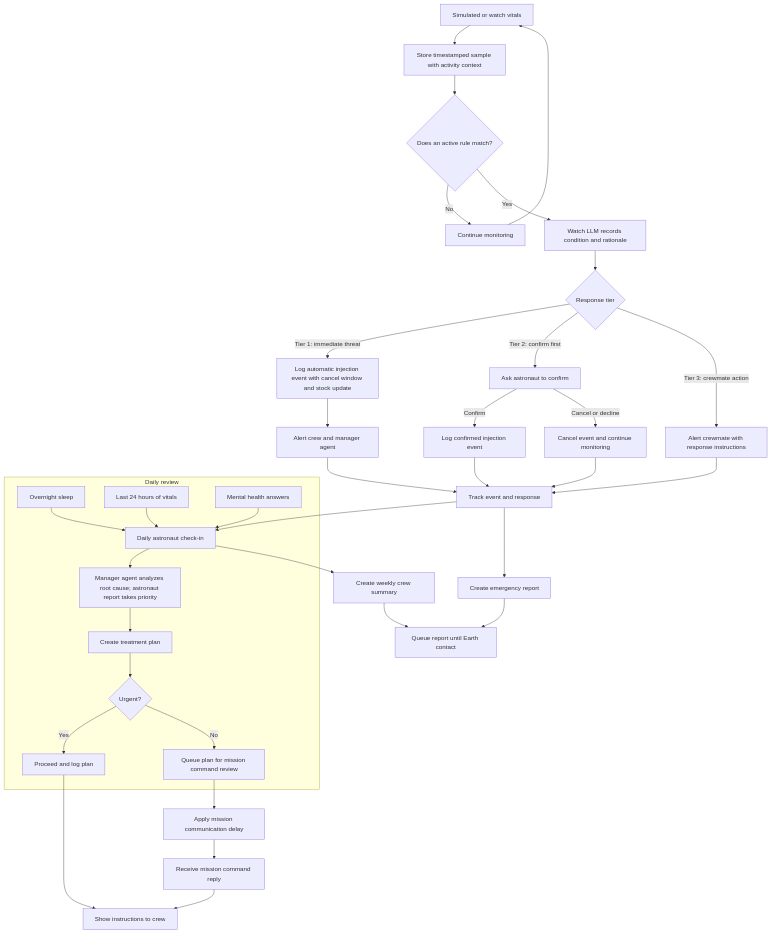
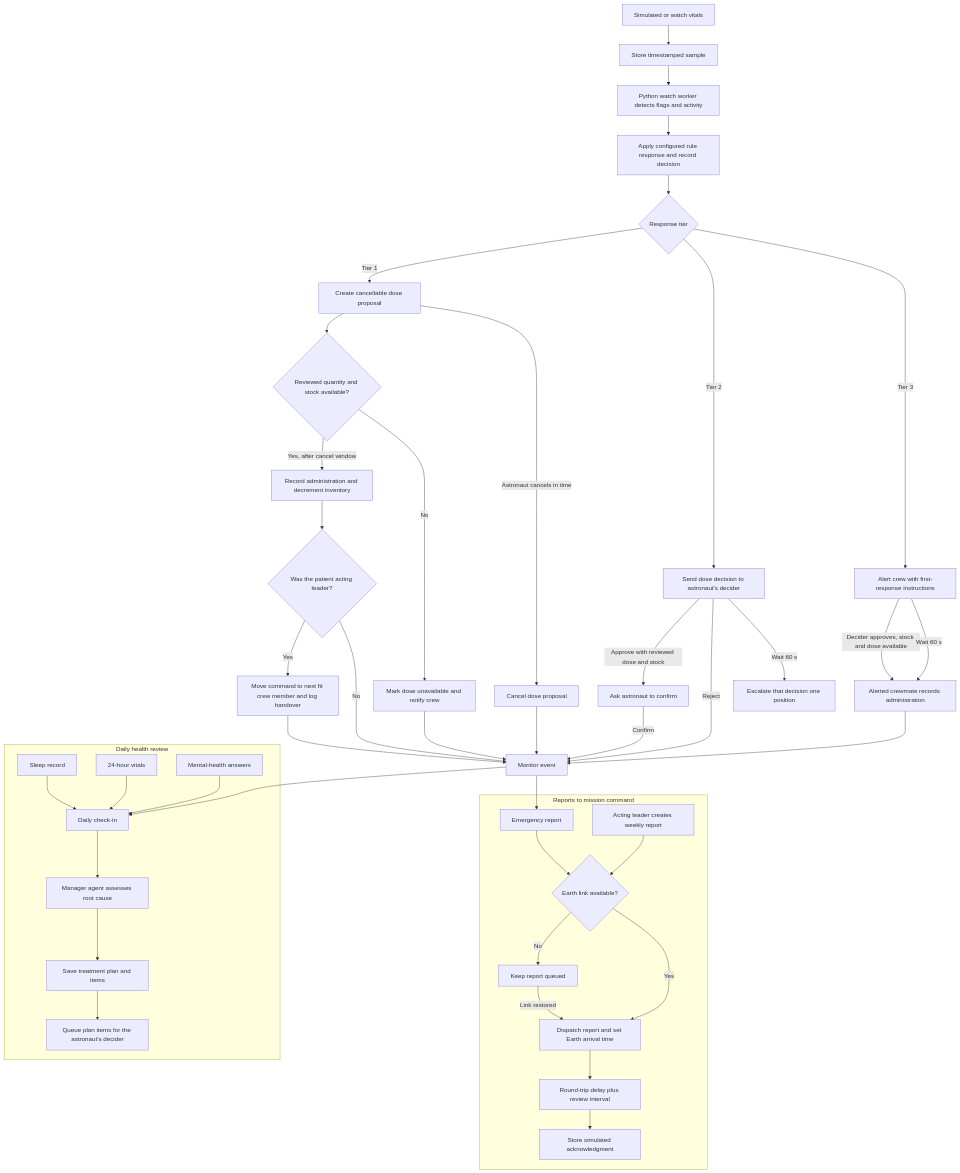
The diagram in uml/health-workflow.mmd (marwan-workspace/Pearson-Specter), drawn with Mermaid before and after one commit. The commit also changed 34 other files, not shown here.

```diff
--- a/uml/health-workflow.mmd
+++ b/uml/health-workflow.mmd
@@ -1,39 +1,49 @@
 flowchart TD
-    V[Simulated or watch vitals] --> S[Store timestamped sample with activity context]
-    S --> R{Does an active rule match?}
-    R -->|No| M[Continue monitoring]
-    M --> V
-    R -->|Yes| D[Watch LLM records condition and rationale]
+    V[Simulated or watch vitals] --> S[Store timestamped sample]
+    S --> M[Python watch worker detects flags and activity]
+    M --> D[Apply configured rule response and record decision]
     D --> T{Response tier}
 
-    T -->|Tier 1: immediate threat| A[Log automatic injection event with cancel window and stock update]
-    A --> C[Alert crew and manager agent]
-    T -->|Tier 2: confirm first| P[Ask astronaut to confirm]
-    P -->|Confirm| I[Log confirmed injection event]
-    P -->|Cancel or decline| X[Cancel event and continue monitoring]
-    T -->|Tier 3: crewmate action| N[Alert crewmate with response instructions]
-    C --> E[Track event and response]
-    I --> E
-    X --> E
-    N --> E
+    T -->|Tier 1| A[Create cancellable dose proposal]
+    A --> X{Reviewed quantity and stock available?}
+    X -->|Yes, after cancel window| I[Record administration and decrement inventory]
+    X -->|No| U[Mark dose unavailable and notify crew]
+    A -->|Astronaut cancels in time| C[Cancel dose proposal]
+    I --> H{Was the patient acting leader?}
+    H -->|Yes| CH[Move command to next fit crew member and log handover]
+    H -->|No| E[Monitor event]
+    U --> E
+    C --> E
+    CH --> E
 
-    subgraph Daily review
-        SL[Overnight sleep] --> CI[Daily astronaut check-in]
-        VH[Last 24 hours of vitals] --> CI
-        MH[Mental health answers] --> CI
-        CI --> RC[Manager agent analyzes root cause; astronaut report takes priority]
-        RC --> TP[Create treatment plan]
-        TP --> UR{Urgent?}
-        UR -->|Yes| ACT[Proceed and log plan]
-        UR -->|No| EARTH[Queue plan for mission command review]
+    T -->|Tier 2| P[Send dose decision to astronaut's decider]
+    P -->|Approve with reviewed dose and stock| PC[Ask astronaut to confirm]
+    PC -->|Confirm| E
+    P -->|Reject| E
+    P -->|Wait 60 s| PE[Escalate that decision one position]
+
+    T -->|Tier 3| N[Alert crew with first-response instructions]
+    N -->|Decider approves, stock and dose available| G[Alerted crewmate records administration]
+    N -->|Wait 60 s| G
+    G --> E
+
+    subgraph Daily health review
+        SL[Sleep record] --> CI[Daily check-in]
+        VH[24-hour vitals] --> CI
+        MH[Mental-health answers] --> CI
+        CI --> RC[Manager agent assesses root cause]
+        RC --> TP[Save treatment plan and items]
+        TP --> AP[Queue plan items for the astronaut's decider]
     end
+    E --> CI
 
-    E --> CI
-    EARTH --> DELAY[Apply mission communication delay]
-    DELAY --> REPLY[Receive mission command reply]
-    REPLY --> CREW[Show instructions to crew]
-    ACT --> CREW
-    E --> REPORT[Create emergency report]
-    CI --> WEEKLY[Create weekly crew summary]
-    REPORT --> QUEUE[Queue report until Earth contact]
-    WEEKLY --> QUEUE
+    subgraph Reports to mission command
+        ER[Emergency report] --> Q{Earth link available?}
+        WR[Acting leader creates weekly report] --> Q
+        Q -->|No| OFF[Keep report queued]
+        Q -->|Yes| SEND[Dispatch report and set Earth arrival time]
+        OFF -->|Link restored| SEND
+        SEND --> RT[Round-trip delay plus review interval]
+        RT --> ACK[Store simulated acknowledgment]
+    end
+    E --> ER
```
